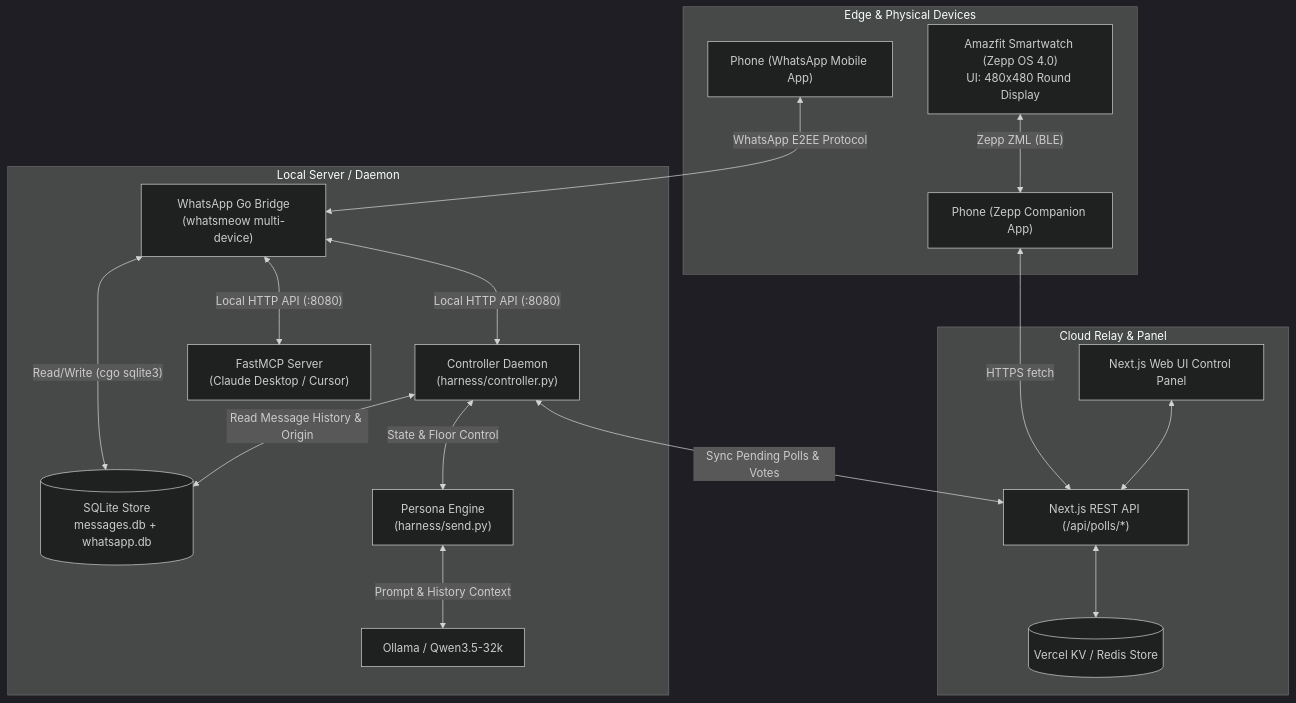
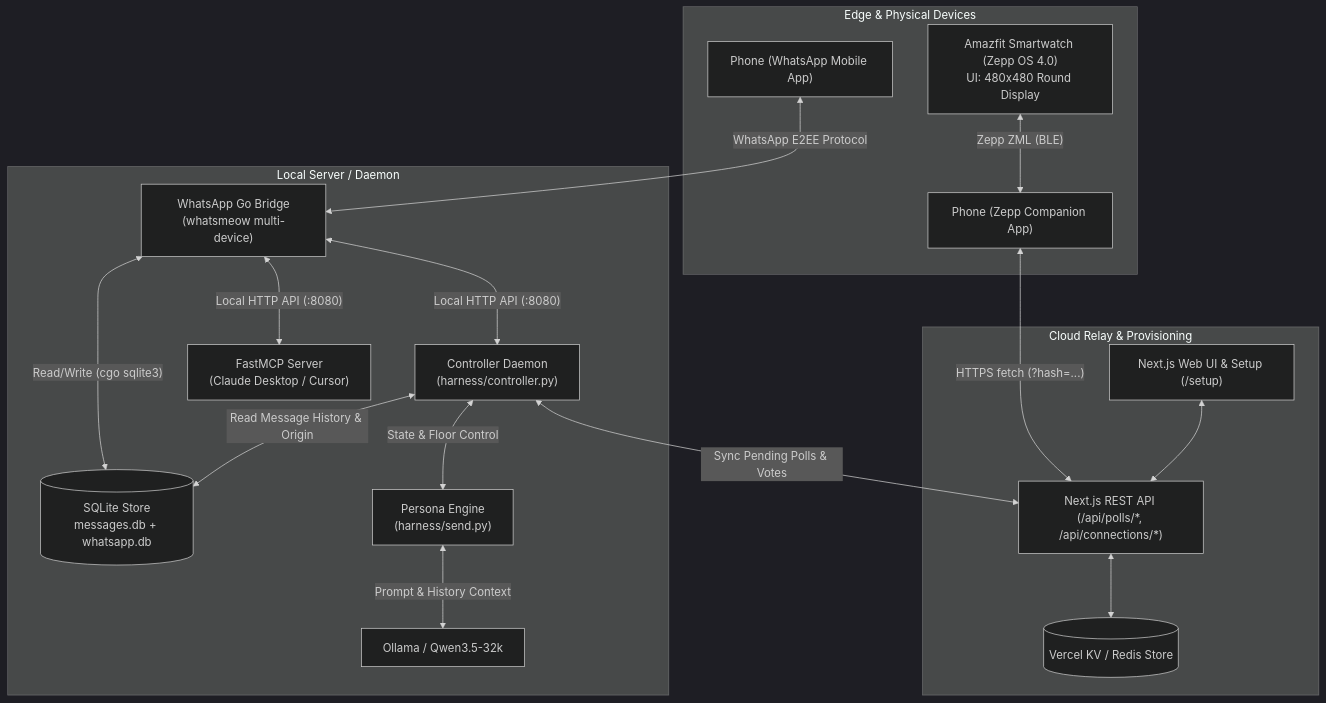
One commit to Nikhil-Mundhra/whatsapp-ai changed the first of 3 diagrams in ARCHITECTURE.md. Above: the diagram before and after it, drawn with Mermaid (dark theme). The commit also changed other lines of this file and 29 other files, not shown here.

````diff
--- a/ARCHITECTURE.md
+++ b/ARCHITECTURE.md
@@ -14,38 +14,38 @@
 ```mermaid
 graph TB
     subgraph EdgeDevice["Edge & Physical Devices"]
         Watch["Amazfit Smartwatch (Zepp OS 4.0)<br/>UI: 480x480 Round Display"]
         PhoneApp["Phone (Zepp Companion App)"]
         WhatsAppMobile["Phone (WhatsApp Mobile App)"]
     end
 
-    subgraph CloudTier["Cloud Relay & Panel"]
-        WebRelay["Next.js REST API (/api/polls/*)"]
+    subgraph CloudTier["Cloud Relay & Provisioning"]
+        WebRelay["Next.js REST API (/api/polls/*, /api/connections/*)"]
         KVStore[("Vercel KV / Redis Store")]
-        WebDash["Next.js Web UI Control Panel"]
+        WebDash["Next.js Web UI & Setup (/setup)"]
     end
 
     subgraph LocalCore["Local Server / Daemon"]
         GoBridge["WhatsApp Go Bridge<br/>(whatsmeow multi-device)"]
         SQLiteDB[("SQLite Store<br/>messages.db + whatsapp.db")]
         HarnessController["Controller Daemon<br/>(harness/controller.py)"]
         PersonaGen["Persona Engine<br/>(harness/send.py)"]
         LocalLLM["Ollama / Qwen3.5-32k"]
         MCPServer["FastMCP Server<br/>(Claude Desktop / Cursor)"]
     end
 
     Watch <-->|"Zepp ZML (BLE)"| PhoneApp
-    PhoneApp <-->|"HTTPS fetch"| WebRelay
+    PhoneApp <-->|"HTTPS fetch (?hash=...)"| WebRelay
     WebDash <--> WebRelay
     WebRelay <--> KVStore
 
     WhatsAppMobile <-->|"WhatsApp E2EE Protocol"| GoBridge
     GoBridge <-->|"Read/Write (cgo sqlite3)"| SQLiteDB
     GoBridge <-->|"Local HTTP API (:8080)"| HarnessController
     GoBridge <-->|"Local HTTP API (:8080)"| MCPServer
 
     HarnessController <-->|"Read Message History & Origin"| SQLiteDB
     HarnessController <-->|"State & Floor Control"| PersonaGen
     PersonaGen <-->|"Prompt & History Context"| LocalLLM
     HarnessController <-->|"Sync Pending Polls & Votes"| WebRelay
 ```
````
